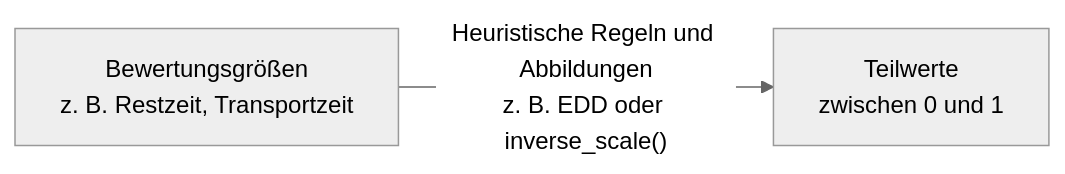
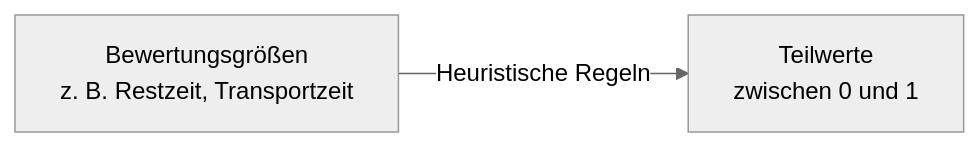
Before and after one commit to ghackenberg/SpineML: the sixth of 14 diagrams in README.md, drawn with Mermaid (neutral theme).

Commit message:
Simplify heuristic diagram arrow label

````diff
--- a/README.md
+++ b/README.md
@@ -1131,5 +1131,5 @@
 ```mermaid
 flowchart LR
     A["Bewertungsgrößen<br/>z. B. Restzeit, Transportzeit"]
-    A -->|"Heuristische Regeln und Abbildungen<br/>z. B. EDD oder inverse_scale()"| B["Teilwerte<br/>zwischen 0 und 1"]
+    A -->|"Heuristische Regeln"| B["Teilwerte<br/>zwischen 0 und 1"]
 ```
````
